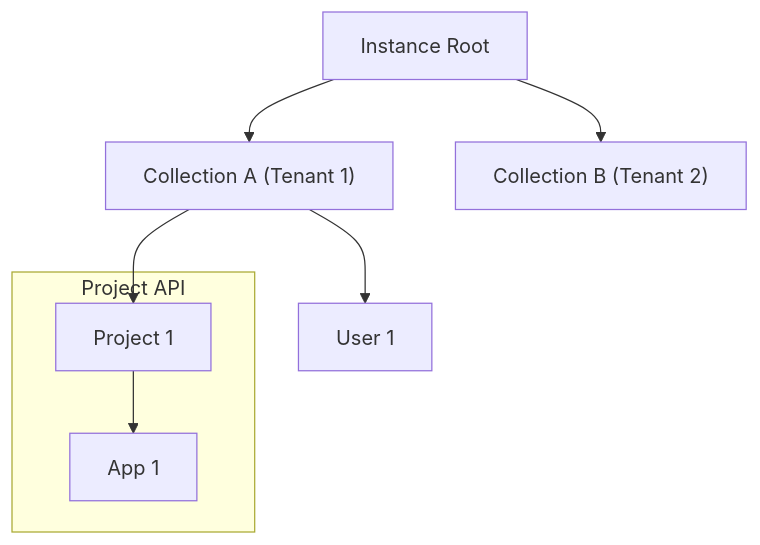
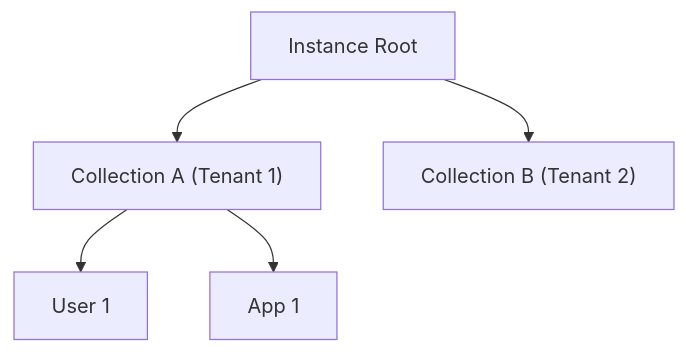
One commit to zitadel/zitadel changed the first of 4 diagrams in aether_radical.md. Above: the diagram before and after it, drawn with Mermaid. The commit also changed other lines of this file, not shown here.

Commit message:
remove project concept

````diff
--- a/aether_radical.md
+++ b/aether_radical.md
@@ -34,18 +34,13 @@
 ```mermaid
 graph TD
     Instance[Instance Root]
     CollectionA["Collection A (Tenant 1)"]
     CollectionB["Collection B (Tenant 2)"]
     User1[User 1]
-
-    subgraph "Project API"
-        Project1[Project 1]
-        App1[App 1]
-    end
+    App1[App 1]
 
     Instance --> CollectionA
     Instance --> CollectionB
     CollectionA --> User1
-    CollectionA --> Project1
-    Project1 --> App1
+    CollectionA --> App1
 ```
````
